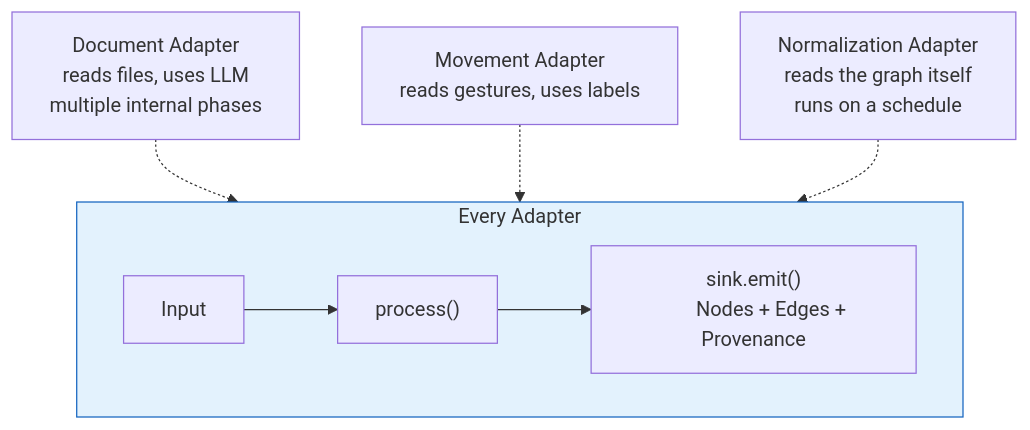
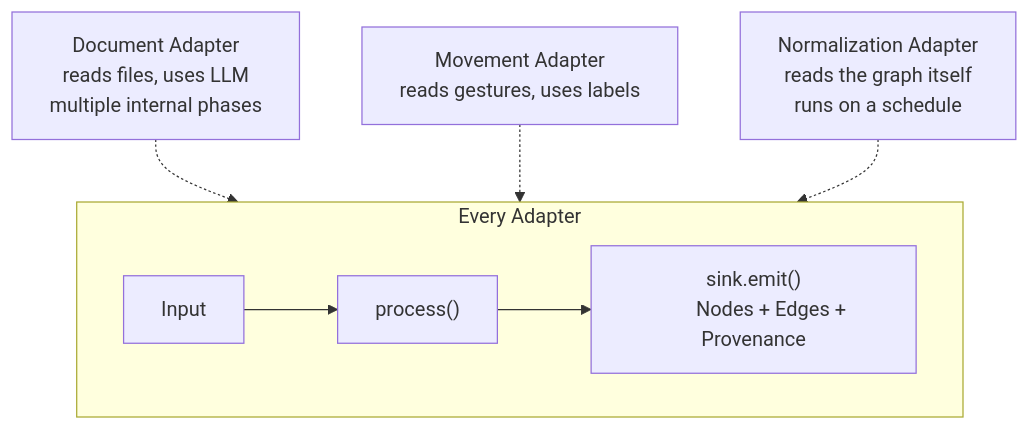
The third of 8 diagrams in docs/semantic-adapters.md (nrgforge/plexus), drawn with Mermaid before and after one commit. The commit also changed other lines of this file and 1 other file, not shown here.

Commit message:
docs: remove background colors from mermaid diagrams

````diff
--- a/docs/semantic-adapters.md
+++ b/docs/semantic-adapters.md
@@ -64,19 +62,18 @@
 ```mermaid
 flowchart TB
     subgraph trait ["Every Adapter"]
         direction LR
         IN["Input"] --> PROCESS["process()"] --> SINK["sink.emit()
         Nodes + Edges + Provenance"]
     end
 
     DA["Document Adapter
     reads files, uses LLM
     multiple internal phases"] -.-> trait
     MA["Movement Adapter
     reads gestures, uses labels"] -.-> trait
     NA["Normalization Adapter
     reads the graph itself
     runs on a schedule"] -.-> trait
 
-    style trait fill:#e3f2fd,stroke:#1565c0
 ```
````
